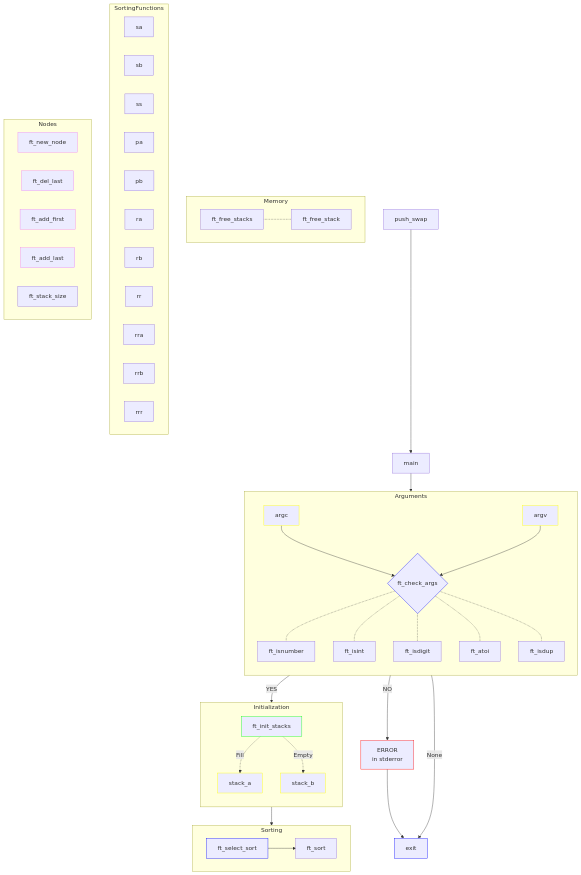
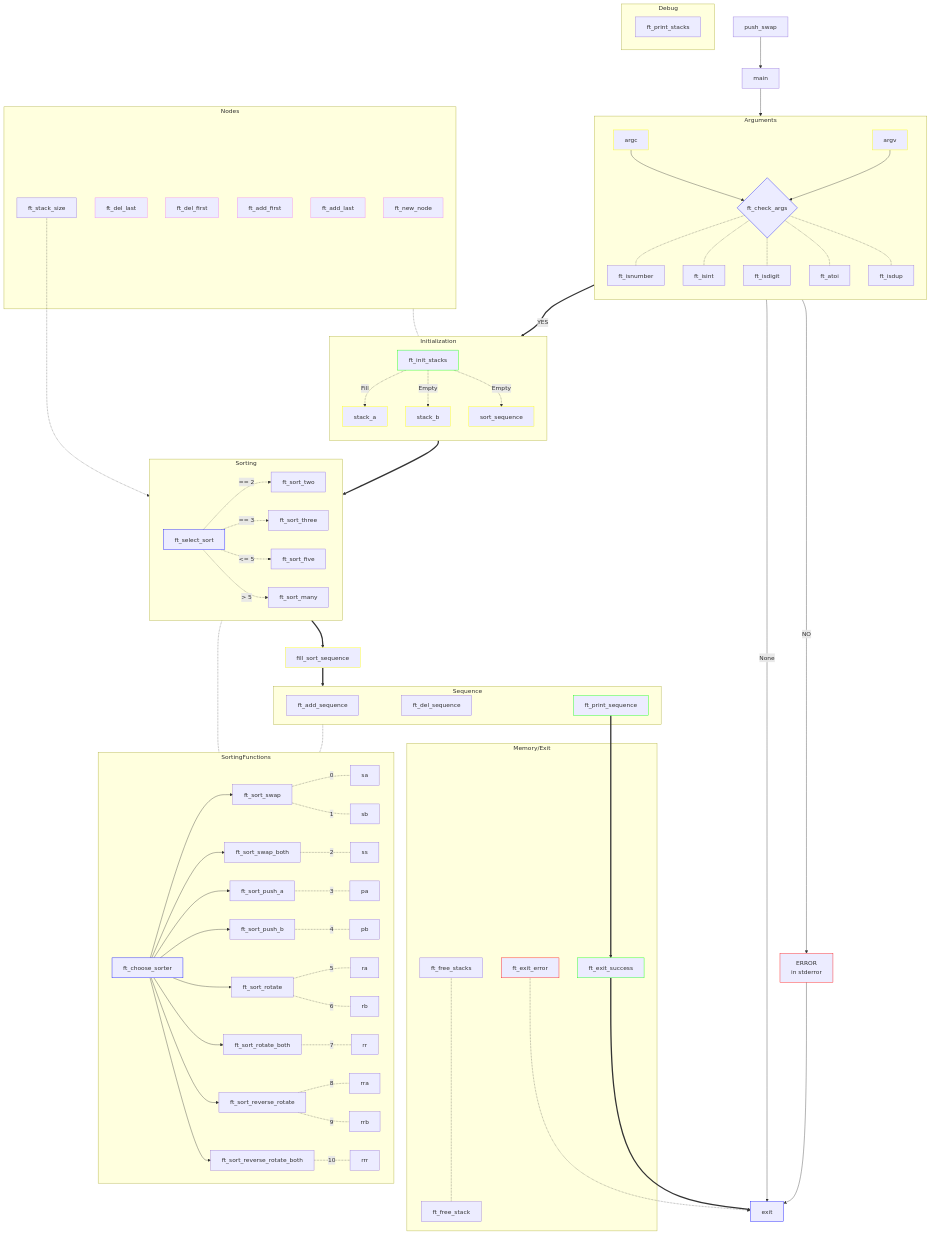
One commit to Tablerase/42_Projects changed the first of 2 diagrams in Push_swap/README.md. Above: the diagram before and after it, drawn with Mermaid. The commit also changed other lines of this file and 1 other file, not shown here.

Commit message:
update graph to collect sequence

````diff
--- a/Push_swap/README.md
+++ b/Push_swap/README.md
@@ -108,48 +108,83 @@
     C -.- ft_isdup
   end
 
-  Arguments --> |YES| Initialization
+  Arguments ==> |YES| Initialization
   Arguments --> |NO| error["ERROR\n" in stderror]:::invalid
   Arguments --> |None| exit:::neutral
   error --> exit
-  
+
+  Nodes -.- Initialization
+  subgraph Nodes
+    ft_new_node:::nodes
+    ft_del_last:::nodes
+    ft_del_first:::nodes
+    ft_add_first:::nodes
+    ft_add_last:::nodes
+    ft_stack_size
+  end
+
+  Initialization ==> Sorting
   subgraph Initialization
     direction TB
     G[ft_init_stacks]:::valid
     G -.-> |Fill|stack_a:::data
     G -.-> |Empty|stack_b:::data
+    G -.-> |Empty|sort_sequence:::data
   end
 
+  ft_stack_size -.-> Sorting
   subgraph Sorting
-    J[ft_select_sort]:::neutral --> K[ft_sort]
+    J[ft_select_sort]:::neutral -.-> |== 2|ft_sort_two
+    J -.-> |== 3|ft_sort_three
+    J -.-> |<= 5|ft_sort_five
+    J -.-> |> 5|ft_sort_many
   end
 
-  subgraph Memory
+  Sorting ==> fill_sort_sequence:::data
+  fill_sort_sequence ==> Sequence
+  Sequence -.- SortingFunctions
+  subgraph Sequence
+    ft_add_sequence
+    ft_del_sequence
+    ft_print_sequence:::valid
+  end
+  ft_print_sequence ==> ft_exit_success
+  ft_exit_success ==> exit
+  ft_exit_error -.-> exit
+
+  subgraph Memory/Exit
     ft_free_stacks
     ft_free_stacks -.- ft_free_stack
+    ft_exit_error:::invalid
+    ft_exit_success:::valid
   end
 
-  Initialization --> Sorting
-
+  Sorting -.- SortingFunctions
   subgraph SortingFunctions
-    sa
-    sb
-    ss
-    pa
-    pb
-    ra
-    rb
-    rr
-    rra
-    rrb
-    rrr
+    ft_choose_sorter:::neutral
+    ft_choose_sorter --> ft_sort_swap
+    ft_choose_sorter --> ft_sort_swap_both
+    ft_choose_sorter --> ft_sort_push_a
+    ft_choose_sorter --> ft_sort_push_b
+    ft_choose_sorter --> ft_sort_rotate
+    ft_choose_sorter --> ft_sort_rotate_both
+    ft_choose_sorter --> ft_sort_reverse_rotate
+    ft_choose_sorter --> ft_sort_reverse_rotate_both
+    ft_sort_swap -.- |0|sa
+    ft_sort_swap -.- |1|sb
+    ft_sort_swap_both -.- |2|ss
+    ft_sort_push_a -.- |3|pa
+    ft_sort_push_b -.- |4|pb
+    ft_sort_rotate -.- |5|ra
+    ft_sort_rotate -.- |6|rb
+    ft_sort_rotate_both -.- |7|rr
+    ft_sort_reverse_rotate -.- |8|rra
+    ft_sort_reverse_rotate -.- |9|rrb
+    ft_sort_reverse_rotate_both -.- |10|rrr
   end
 
-  subgraph Nodes
-    ft_new_node:::nodes
-    ft_del_last:::nodes
-    ft_add_first:::nodes
-    ft_add_last:::nodes
-    ft_stack_size
+
+  subgraph Debug
+    ft_print_stacks
   end
 ```
````
